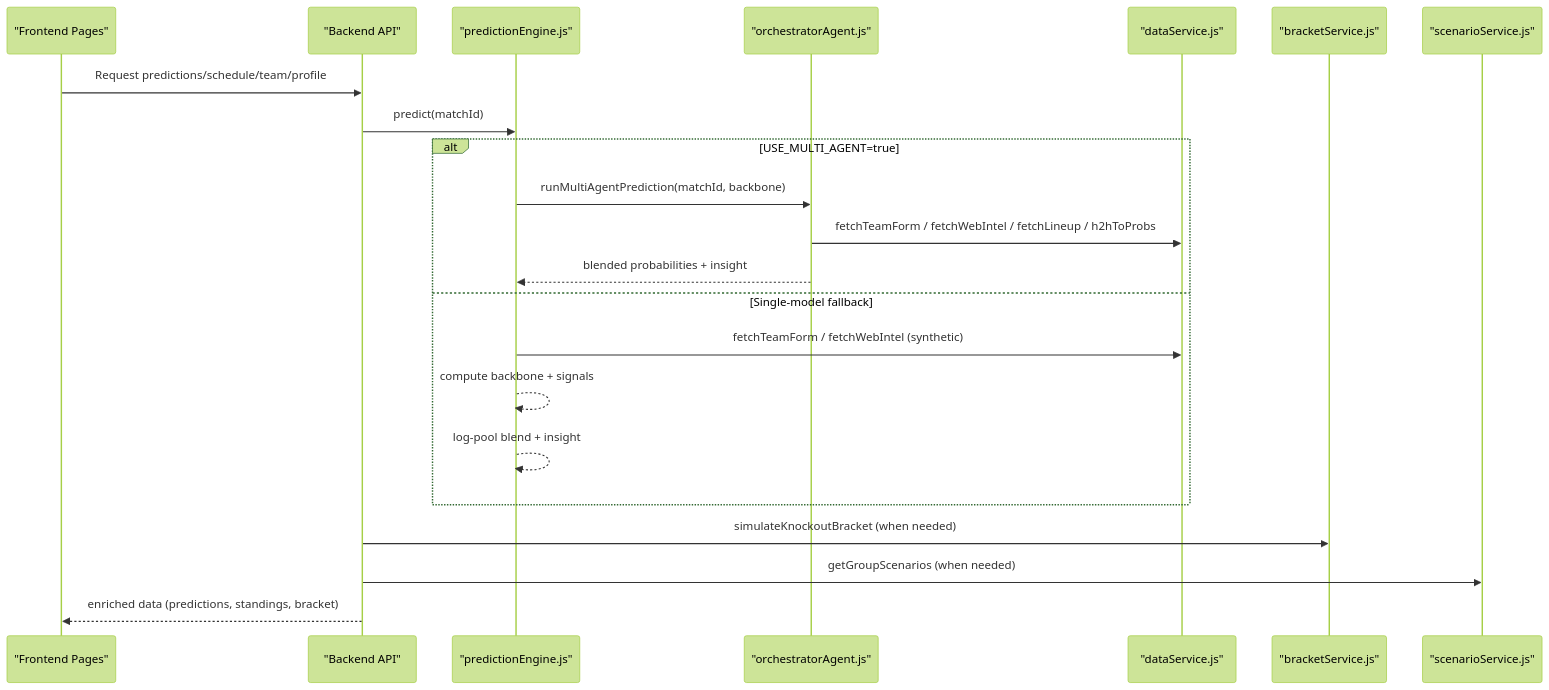
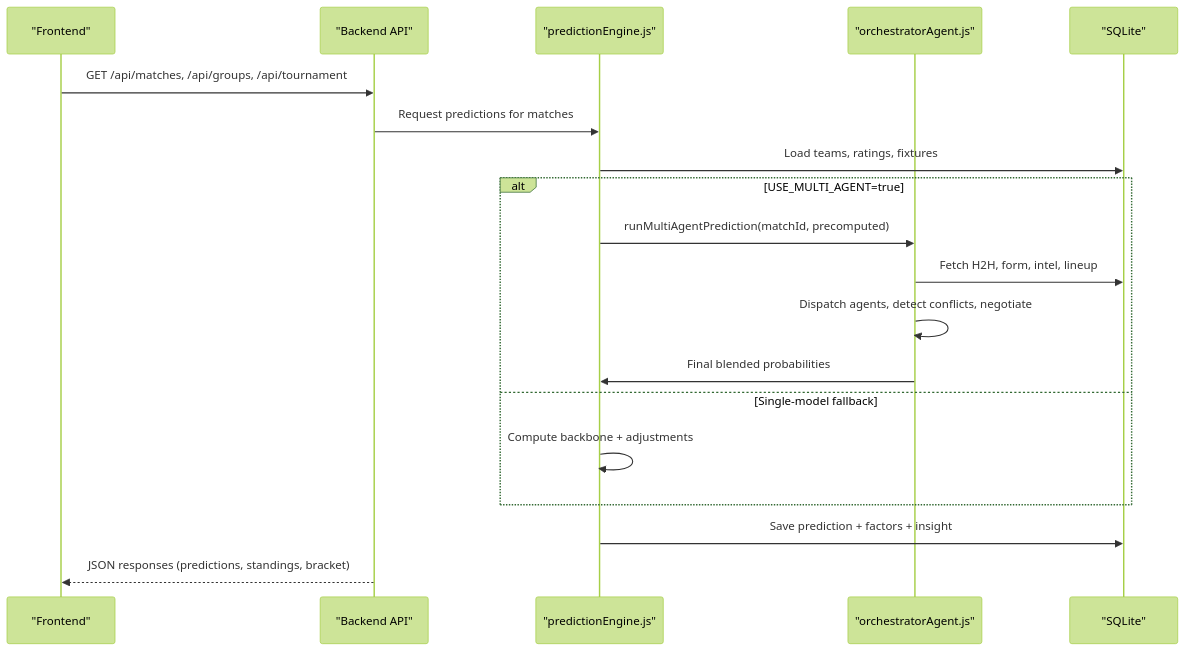
Before and after one commit to cheesiong/WC26-qwen: the second of 10 diagrams in .qoder/repowiki/en/content/Project Overview/Key Features.md, drawn with Mermaid (forest theme). The commit also changed other lines of this file and 181 other files, not shown here.

First line of the commit message:
Add Sofascore and Google multi-source lineup scrapers

````diff
--- a/.qoder/repowiki/en/content/Project Overview/Key Features.md
+++ b/.qoder/repowiki/en/content/Project Overview/Key Features.md
@@ -120,24 +104,21 @@
 ```mermaid
 sequenceDiagram
-participant FE as "Frontend Pages"
+participant FE as "Frontend"
 participant API as "Backend API"
 participant PE as "predictionEngine.js"
 participant OA as "orchestratorAgent.js"
-participant DS as "dataService.js"
-participant BS as "bracketService.js"
-participant SS as "scenarioService.js"
-FE->>API : Request predictions/schedule/team/profile
-API->>PE : predict(matchId)
+participant DB as "SQLite"
+FE->>API : GET /api/matches, /api/groups, /api/tournament
+API->>PE : Request predictions for matches
+PE->>DB : Load teams, ratings, fixtures
 alt USE_MULTI_AGENT=true
-PE->>OA : runMultiAgentPrediction(matchId, backbone)
-OA->>DS : fetchTeamForm / fetchWebIntel / fetchLineup / h2hToProbs
-OA-->>PE : blended probabilities + insight
+PE->>OA : runMultiAgentPrediction(matchId, precomputed)
+OA->>DB : Fetch H2H, form, intel, lineup
+OA->>OA : Dispatch agents, detect conflicts, negotiate
+OA->>PE : Final blended probabilities
 else Single-model fallback
-PE->>DS : fetchTeamForm / fetchWebIntel (synthetic)
-PE-->>PE : compute backbone + signals
-PE-->>PE : log-pool blend + insight
+PE->>PE : Compute backbone + adjustments
 end
-API->>BS : simulateKnockoutBracket (when needed)
-API->>SS : getGroupScenarios (when needed)
-API-->>FE : enriched data (predictions, standings, bracket)
+PE->>DB : Save prediction + factors + insight
+API-->>FE : JSON responses (predictions, standings, bracket)
 ```
````
